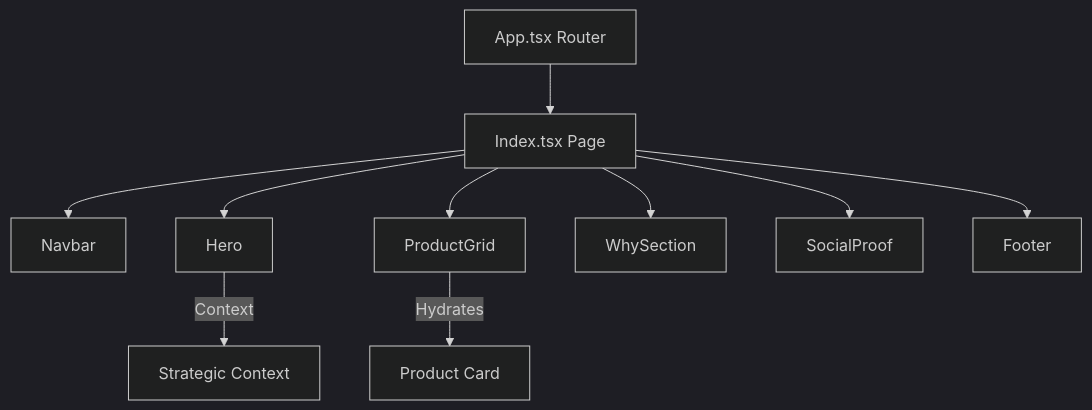
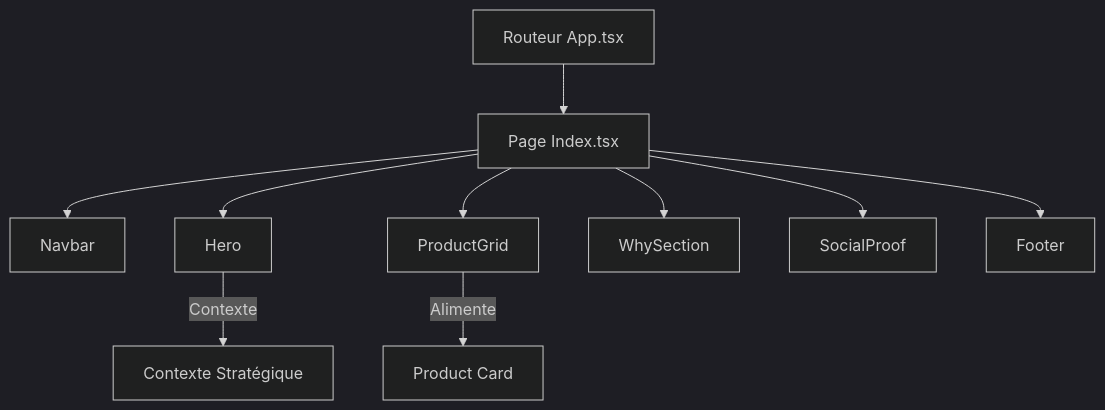
Before and after one commit to acculturation-numerique-fr/landing-page: the diagram in README.md, drawn with Mermaid (dark theme). The commit also changed other lines of this file, not shown here.

````diff
--- a/README.md
+++ b/README.md
@@ -199,13 +183,13 @@
 ```mermaid
 graph TD
-    A[App.tsx Router] --> B[Index.tsx Page]
+    A[Routeur App.tsx] --> B[Page Index.tsx]
     B --> C[Navbar]
     B --> D[Hero]
     B --> E[ProductGrid]
     B --> F[WhySection]
     B --> G[SocialProof]
     B --> H[Footer]
     
-    E -- Hydrates --> P[Product Card]
-    D -- Context --> B1[Strategic Context]
+    E -- Alimente --> P[Product Card]
+    D -- Contexte --> B1[Contexte Stratégique]
 ```
````
